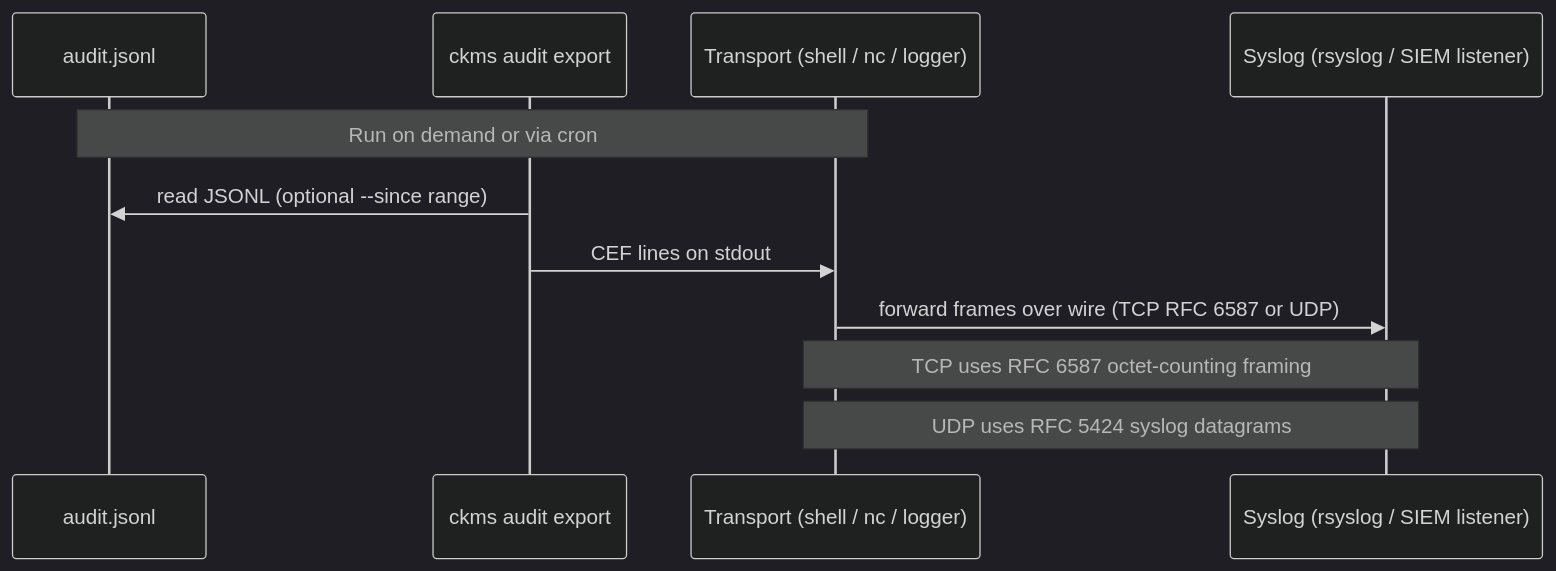
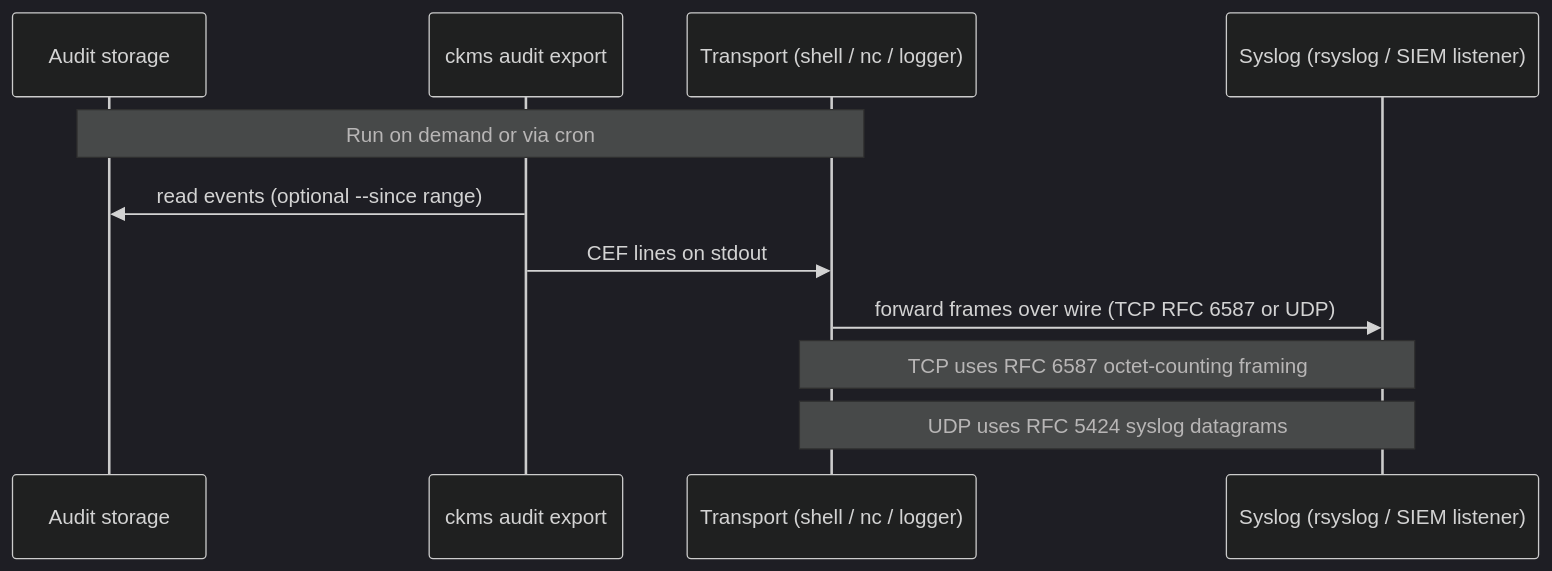
One commit to Cosmian/kms changed the second of 2 diagrams in documentation/docs/configuration/siems.md. Above: the diagram before and after it, drawn with Mermaid (dark theme). The commit also changed other lines of this file and 2 other files, not shown here.

Commit message:
docs: cover postgres CEF exports

````diff
--- a/documentation/docs/configuration/siems.md
+++ b/documentation/docs/configuration/siems.md
@@ -77,14 +77,14 @@
 ```mermaid
 sequenceDiagram
-    participant File as audit.jsonl
+  participant Source as Audit storage
     participant ckms as ckms audit export
     participant Transport as Transport (shell / nc / logger)
     participant Syslog as Syslog (rsyslog / SIEM listener)
 
-    Note over File,Transport: Run on demand or via cron
-    ckms->>File: read JSONL (optional --since range)
+  Note over Source,Transport: Run on demand or via cron
+  ckms->>Source: read events (optional --since range)
     ckms->>Transport: CEF lines on stdout
     Transport->>Syslog: forward frames over wire (TCP RFC 6587 or UDP)
     Note over Transport,Syslog: TCP uses RFC 6587 octet-counting framing
     Note over Transport,Syslog: UDP uses RFC 5424 syslog datagrams
 ```
````
